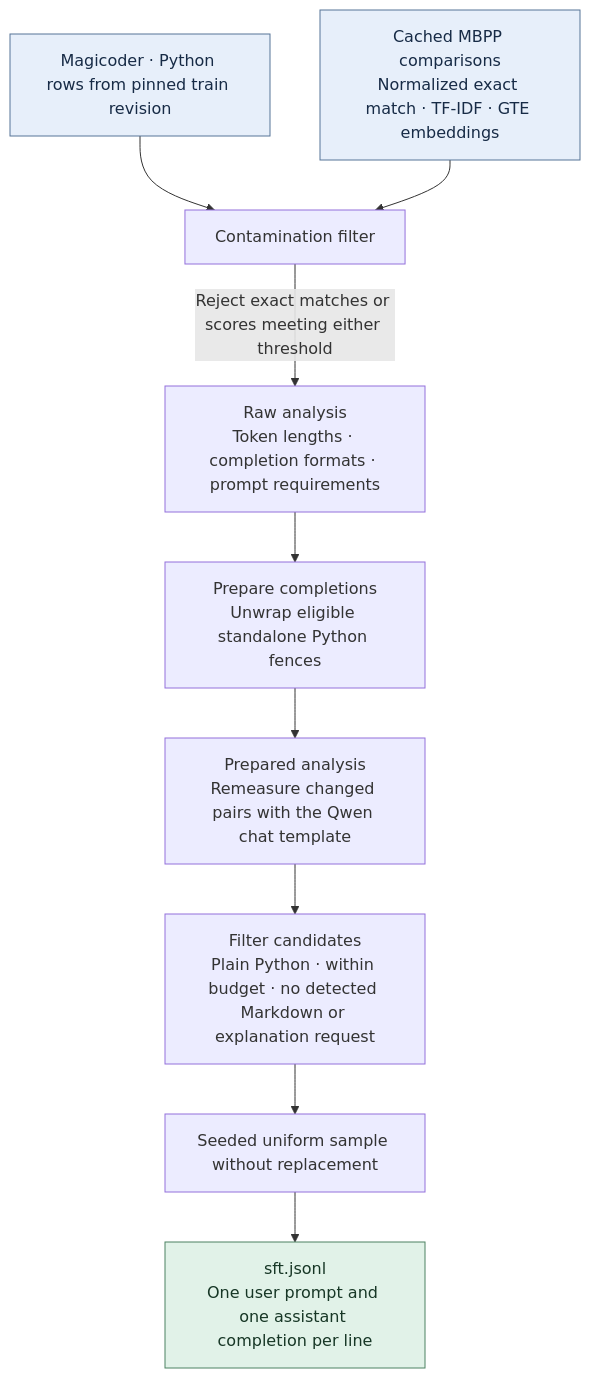
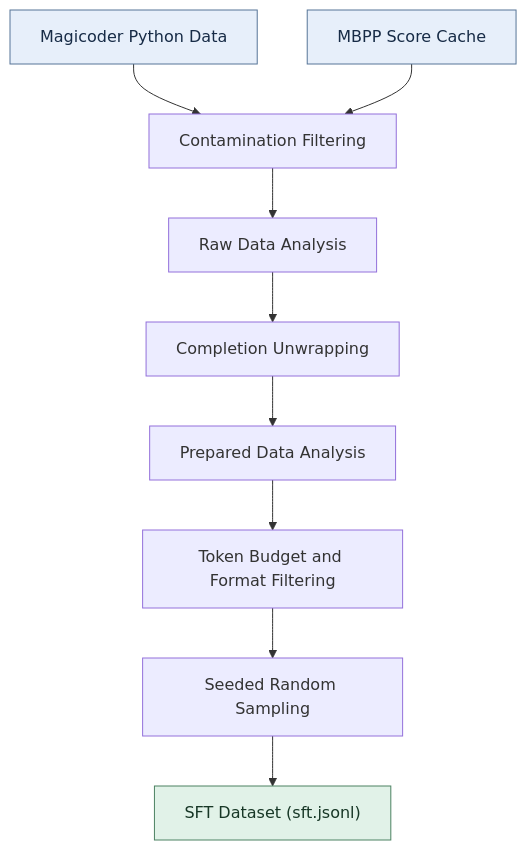
The diagram in README.md (eteboun/qwen-lora), drawn with Mermaid before and after one commit.

Commit message:
Simplify pipeline diagram labels

````diff
--- a/README.md
+++ b/README.md
@@ -17,16 +17,16 @@
 ```mermaid
 flowchart TD
-    M["Magicoder · Python rows from pinned train revision"] --> C["Contamination filter"]
-    S["Cached MBPP comparisons<br/>Normalized exact match · TF-IDF · GTE embeddings"] --> C
-    C -->|"Reject exact matches or scores meeting either threshold"| A["Raw analysis<br/>Token lengths · completion formats · prompt requirements"]
-    A --> U["Prepare completions<br/>Unwrap eligible standalone Python fences"]
-    U --> R["Prepared analysis<br/>Remeasure changed pairs with the Qwen chat template"]
-    R --> F["Filter candidates<br/>Plain Python · within budget · no detected Markdown or explanation request"]
-    F --> P["Seeded uniform sample without replacement"]
-    P --> O["sft.jsonl<br/>One user prompt and one assistant completion per line"]
+    M["Magicoder Python Data"] --> C["Contamination Filtering"]
+    S["MBPP Score Cache"] --> C
+    C --> A["Raw Data Analysis"]
+    A --> U["Completion Unwrapping"]
+    U --> R["Prepared Data Analysis"]
+    R --> F["Token Budget and Format Filtering"]
+    F --> P["Seeded Random Sampling"]
+    P --> O["SFT Dataset (sft.jsonl)"]
 
     classDef input fill:#e7effa,stroke:#577597,color:#172b46;
     classDef output fill:#e1f2e8,stroke:#4c8262,color:#173726;
     class M,S input;
     class O output;
 ```
````
